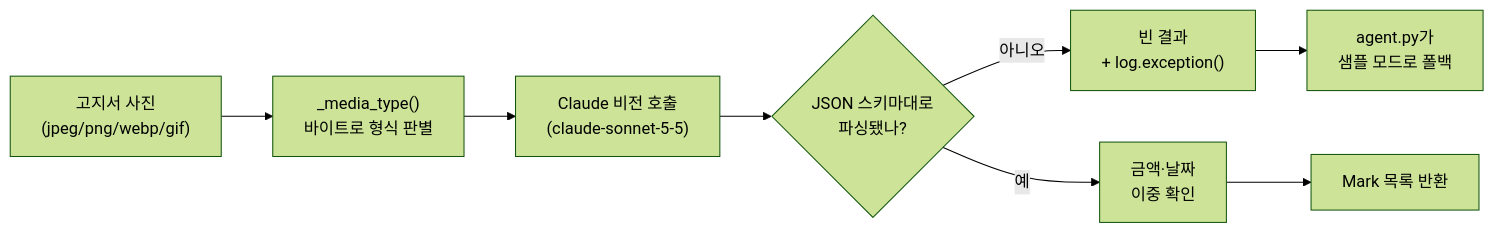
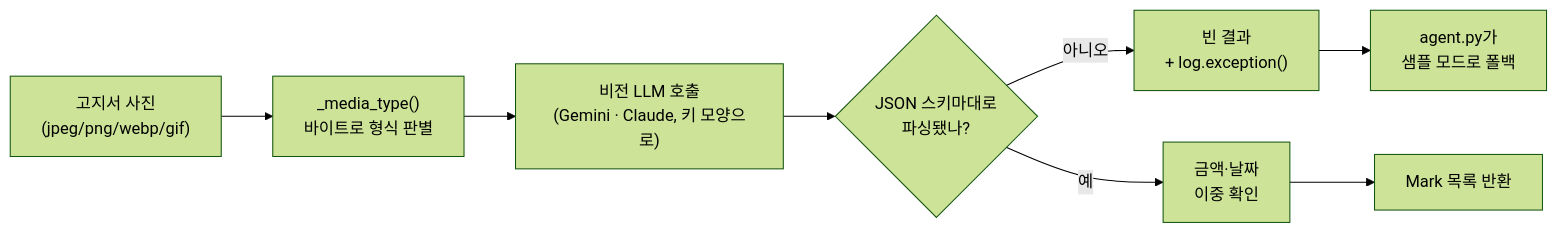
The second of 2 diagrams in README.md (dicia-jhoh/codyssey-m3-final), drawn with Mermaid (forest theme) before and after one commit. The commit also changed other lines of this file and 1 other file, not shown here.

````diff
--- a/README.md
+++ b/README.md
@@ -155,10 +173,10 @@
 ```mermaid
 flowchart LR
     A["고지서 사진<br/>(jpeg/png/webp/gif)"] --> B["_media_type()<br/>바이트로 형식 판별"]
-    B --> C["Claude 비전 호출<br/>(claude-sonnet-5-5)"]
+    B --> C["비전 LLM 호출<br/>(Gemini · Claude, 키 모양으로)"]
     C --> D{"JSON 스키마대로<br/>파싱됐나?"}
     D -- 아니오 --> E["빈 결과<br/>+ log.exception()"]
     E --> F["agent.py가<br/>샘플 모드로 폴백"]
     D -- 예 --> G["금액·날짜<br/>이중 확인"]
     G --> H["Mark 목록 반환"]
 ```
````
